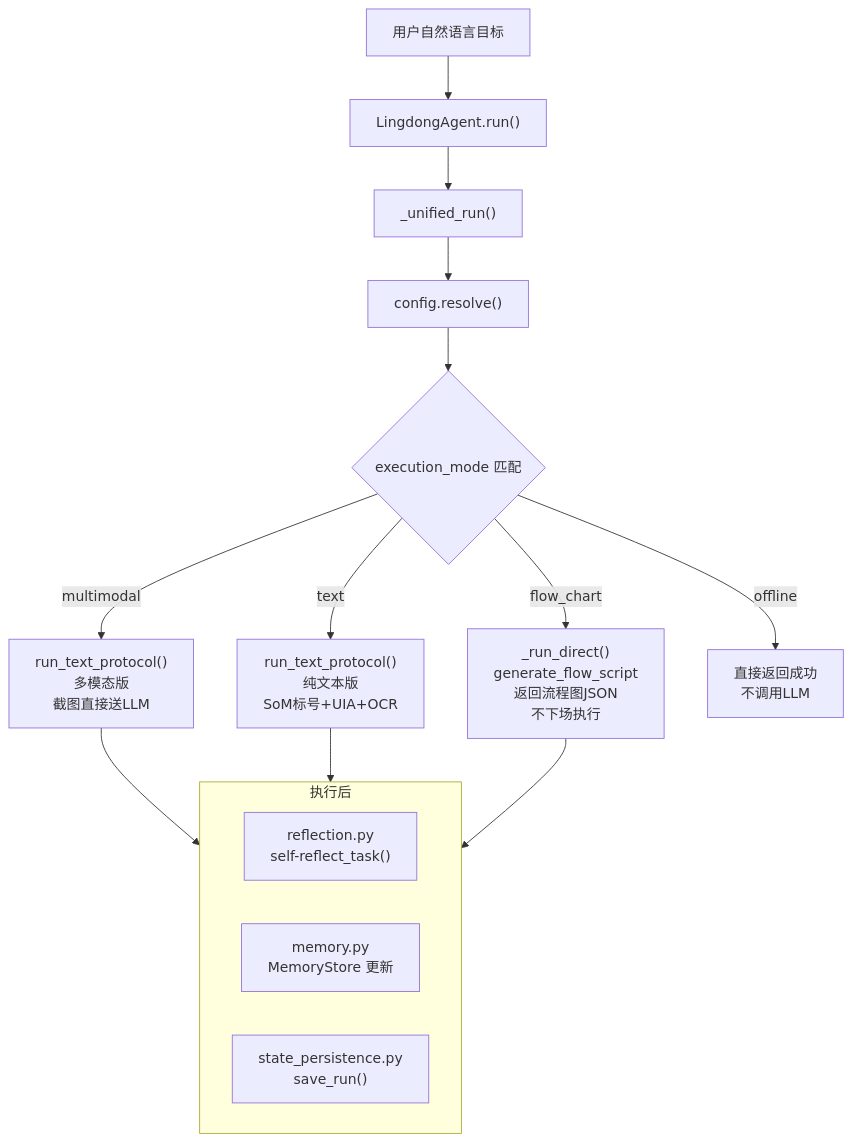
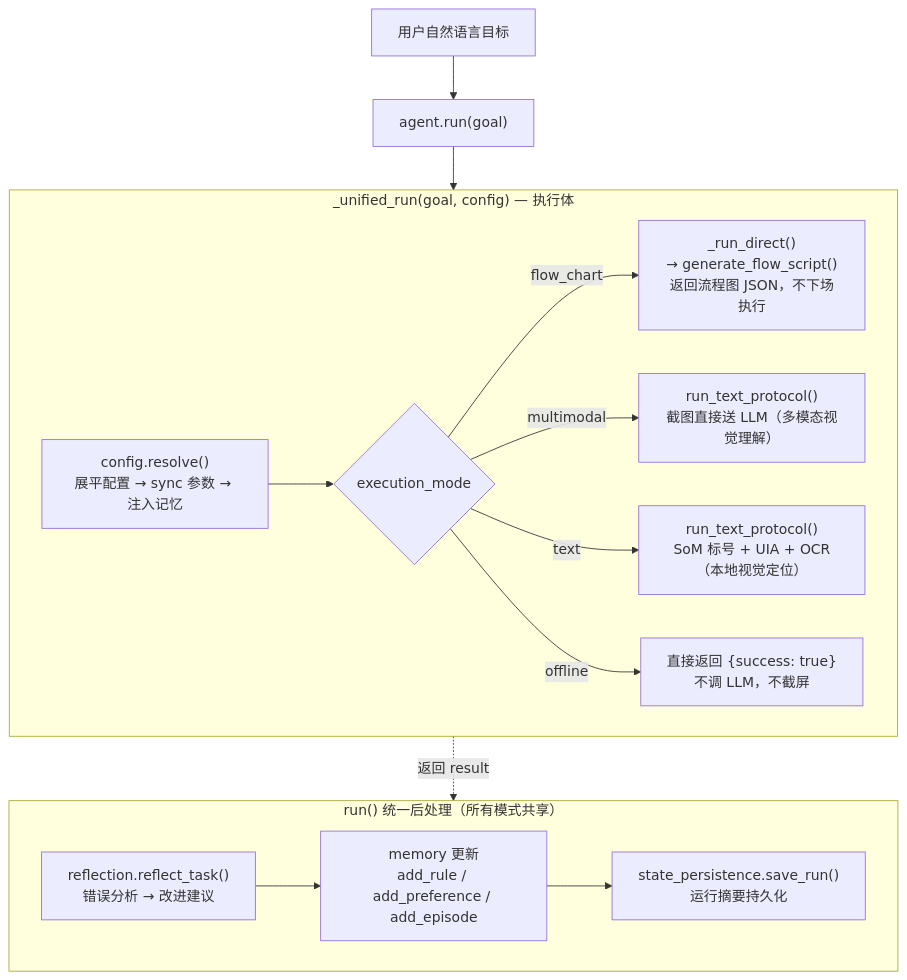
Before and after one commit to zoujiapeng/lingdong-script: the first of 5 diagrams in docs/agent-runtime.md, drawn with Mermaid. The commit also changed other lines of this file, not shown here.

Commit message:
docs: 修正 agent-runtime.md 路由图 — resolve/dispatch/后处理层级准确对应代码

````diff
--- a/docs/agent-runtime.md
+++ b/docs/agent-runtime.md
@@ -10,22 +10,23 @@
 ```mermaid
 graph TB
-    User["用户自然语言目标"] --> Run["LingdongAgent.run()"]
-    Run --> Unified["_unified_run()"]
-    Unified --> Resolved["config.resolve()"]
-    Resolved --> Router{"execution_mode 匹配"}
-    
-    Router --> |flow_chart| Direct["_run_direct()<br/>generate_flow_script<br/>返回流程图JSON<br/>不下场执行"]
-    Router --> |multimodal| TextProto["run_text_protocol()<br/>多模态版<br/>截图直接送LLM"]
-    Router --> |text| TextProto2["run_text_protocol()<br/>纯文本版<br/>SoM标号+UIA+OCR"]
-    Router --> |offline| Offline["直接返回成功<br/>不调用LLM"]
+    User["用户自然语言目标"] --> Run["agent.run(goal)"]
 
-    subgraph PostExec["执行后"]
-        Reflection["reflection.py<br/>self-reflect_task()"]
-        Memory["memory.py<br/>MemoryStore 更新"]
-        Persistence["state_persistence.py<br/>save_run()"]
+    subgraph UR["_unified_run(goal, config) — 执行体"]
+        S["config.resolve()<br/>展平配置 → sync 参数 → 注入记忆"]
+        D{"execution_mode"}
+        S --> D
+        D -->|flow_chart| FC["_run_direct()<br/>→ generate_flow_script()<br/>返回流程图 JSON，不下场执行"]
+        D -->|multimodal| MM["run_text_protocol()<br/>截图直接送 LLM（多模态视觉理解）"]
+        D -->|text| TX["run_text_protocol()<br/>SoM 标号 + UIA + OCR（本地视觉定位）"]
+        D -->|offline| OFF["直接返回 {success: true}<br/>不调 LLM，不截屏"]
     end
 
-    TextProto --> PostExec
-    TextProto2 --> PostExec
-    Direct --> PostExec
+    subgraph PT["run() 统一后处理（所有模式共享）"]
+        P1["reflection.reflect_task()<br/>错误分析 → 改进建议"]
+        P2["memory 更新<br/>add_rule / add_preference / add_episode"]
+        P3["state_persistence.save_run()<br/>运行摘要持久化"]
+        P1 --> P2 --> P3
+    end
+
+    Run --> UR -.-> |返回 result| PT
 ```
````
